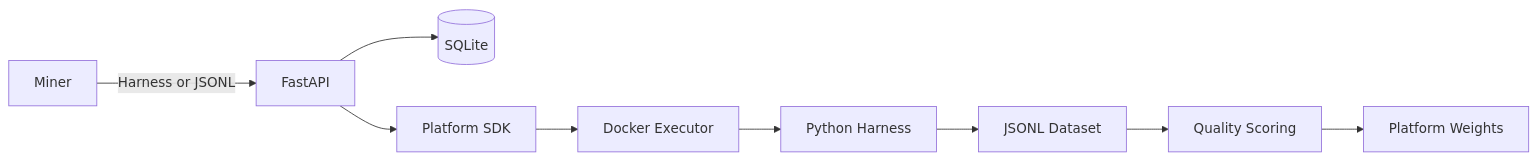
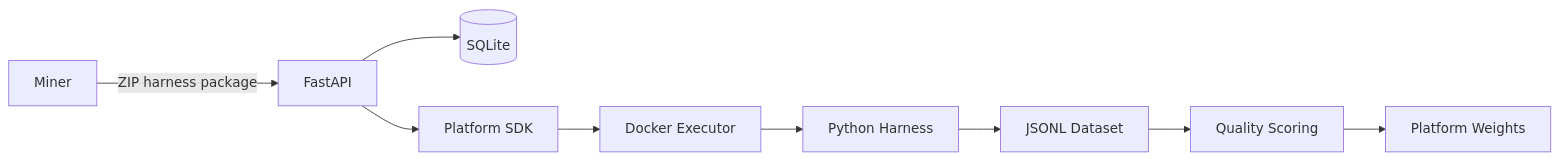
One commit to PlatformNetwork/data-fabrication changed the first of 3 diagrams in README.md. Above: the diagram before and after it, drawn with Mermaid. The commit also changed other lines of this file and 5 other files, not shown here.

````diff
--- a/README.md
+++ b/README.md
@@ -42,11 +42,11 @@
 ```mermaid
 flowchart LR
-    Miner[Miner] -->|Harness or JSONL| API[FastAPI]
+    Miner[Miner] -->|ZIP harness package| API[FastAPI]
     API --> DB[(SQLite)]
     API --> SDK[Platform SDK]
     SDK --> Docker[Docker Executor]
     Docker --> Harness[Python Harness]
     Harness --> Dataset[JSONL Dataset]
     Dataset --> Score[Quality Scoring]
     Score --> Weights[Platform Weights]
 ```
````
